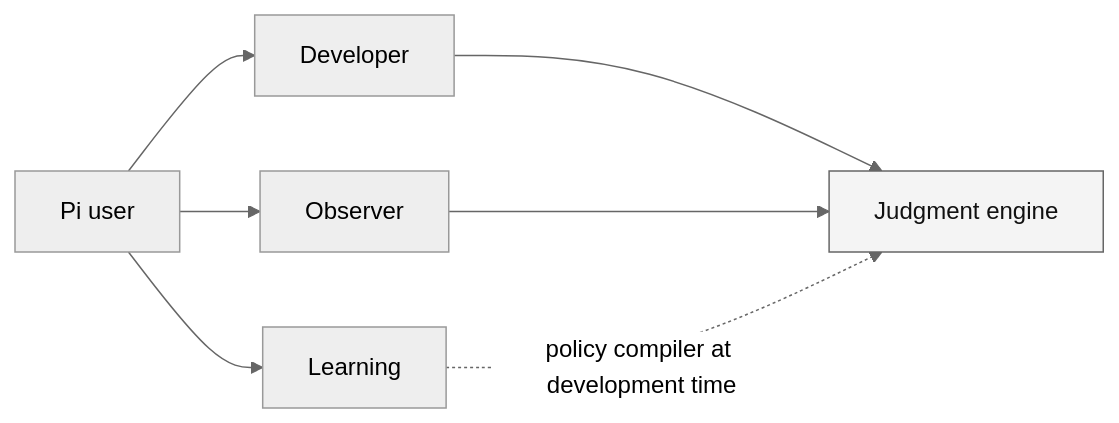
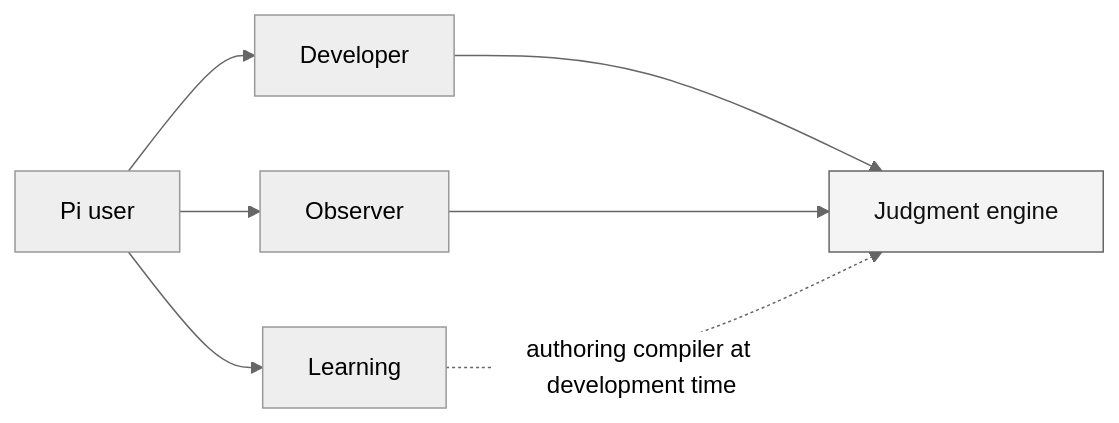
One commit to dev-hobin/agent changed the first of 2 diagrams in README.md. Above: the diagram before and after it, drawn with Mermaid (neutral theme). The commit also changed other lines of this file and 3 other files, not shown here.

````diff
--- a/README.md
+++ b/README.md
@@ -18,12 +47,12 @@
 ```mermaid
 flowchart LR
   U[Pi user] --> D[Developer]
   U --> L[Learning]
   U --> O[Observer]
   D --> J[Judgment engine]
   O --> J
-  L -. policy compiler at development time .-> J
+  L -. authoring compiler at development time .-> J
 
   classDef engine fill:#f4f4f4,stroke:#666,color:#111;
   class J engine;
 ```
````
